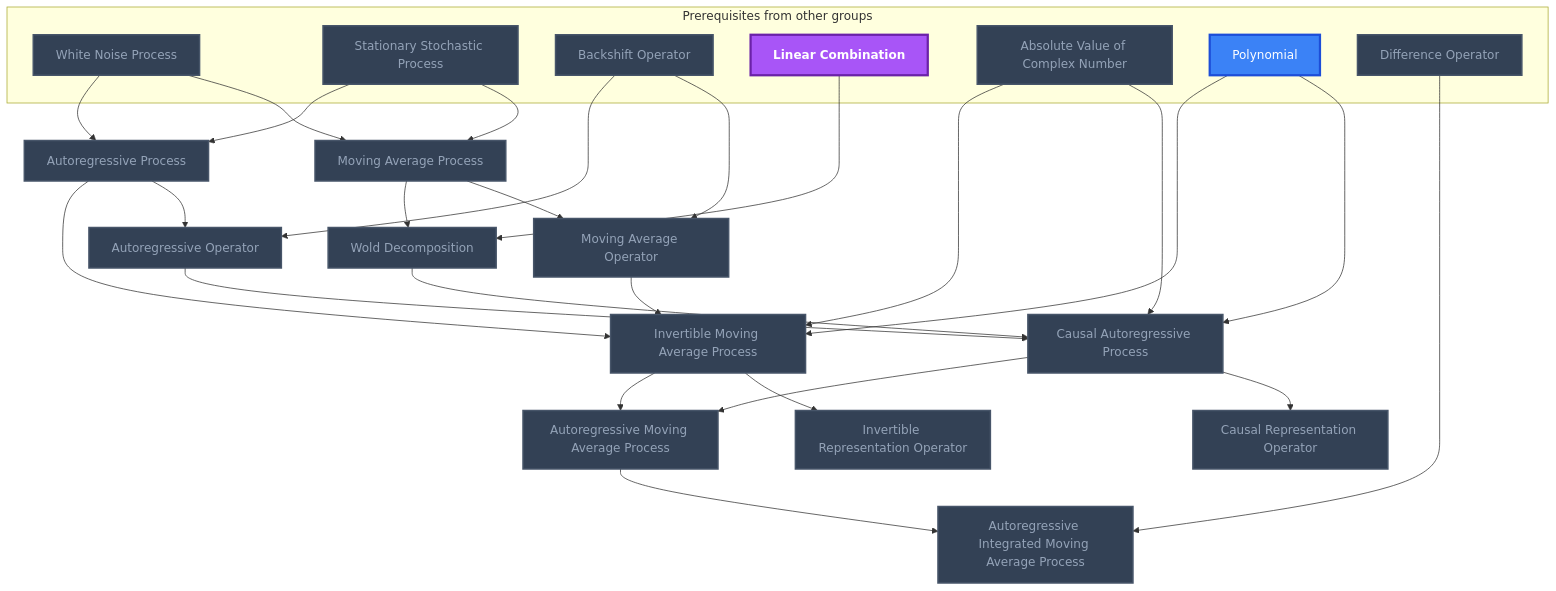
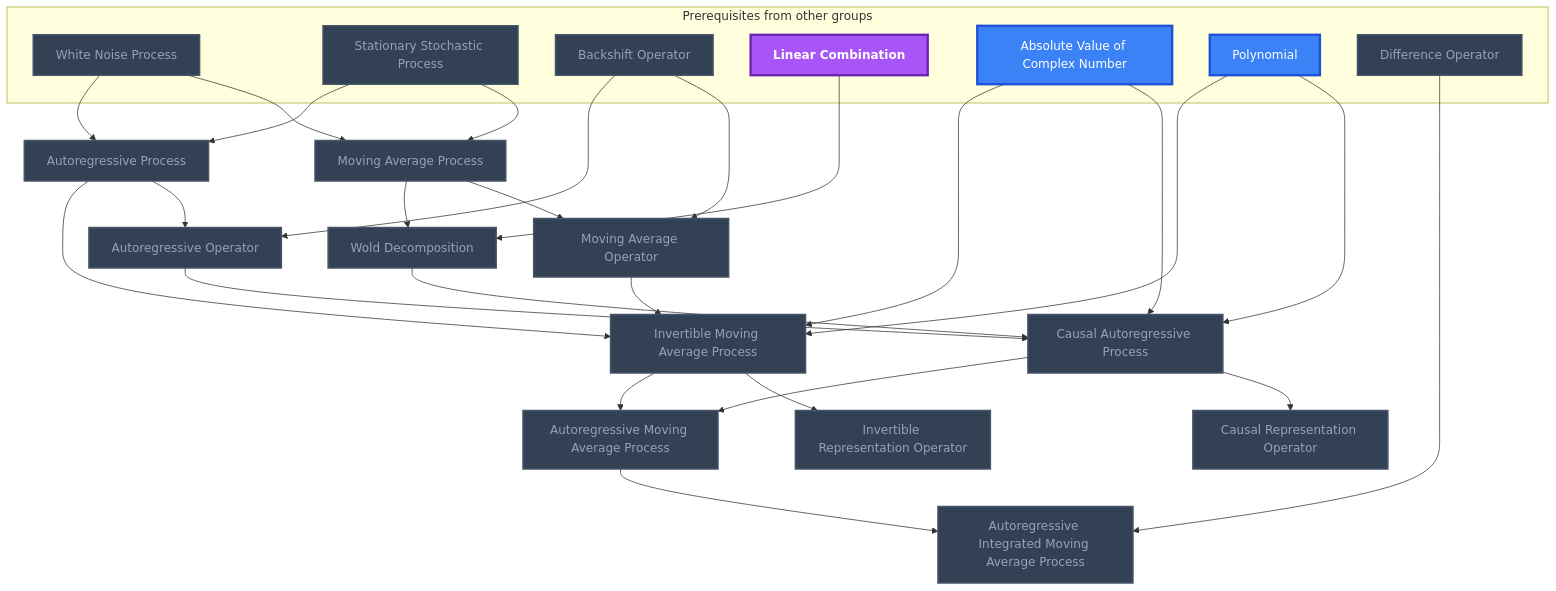
One commit to MRauf1/My-Notes changed the third of 3 diagrams in Gamification/Skill Trees/Time Series Analysis.md. Above: the diagram before and after it, drawn with Mermaid. The commit also changed other lines of this file and 145 other files, not shown here.

````diff
--- a/Gamification/Skill Trees/Time Series Analysis.md
+++ b/Gamification/Skill Trees/Time Series Analysis.md
@@ -122,60 +123,60 @@
 ```mermaid
 flowchart TD
     classDef planned fill:#1E293B,stroke:#64748B,stroke-width:2px,stroke-dasharray:5 5,color:#94A3B8;
     classDef locked fill:#334155,stroke:#475569,stroke-width:2px,color:#94A3B8;
     classDef L0 fill:#F1F5F9,stroke:#94A3B8,stroke-width:2px,color:#000000;
     classDef L1 fill:#22C55E,stroke:#15803D,stroke-width:2px,color:#000000;
     classDef L2 fill:#3B82F6,stroke:#1D4ED8,stroke-width:3px,color:#FFFFFF;
     classDef L3 fill:#A855F7,stroke:#6B21A8,stroke-width:3px,color:#FFFFFF,font-weight:bold;
     classDef L4 fill:#F97316,stroke:#C2410C,stroke-width:4px,color:#000000,font-weight:bold;
     classDef L5 fill:#FFD700,stroke:#FF8C00,stroke-width:5px,color:#000000,font-weight:bold;
     classDef rusty stroke:#8B4513,stroke-width:4px,stroke-dasharray:3 3;
     subgraph sg_prereqs["Prerequisites from other groups"]
         n_white_noise_process["White Noise Process"]
         n_stationary_stochastic_process["Stationary Stochastic Process"]
         n_backshift_operator["Backshift Operator"]
         n_linear_combination["Linear Combination"]
         n_absolute_value_of_complex_number["Absolute Value of Complex Number"]
         n_polynomial["Polynomial"]
         n_difference_operator["Difference Operator"]
     end
     n_moving_average_process["Moving Average Process"]
     n_moving_average_operator["Moving Average Operator"]
     n_autoregressive_process["Autoregressive Process"]
     n_autoregressive_operator["Autoregressive Operator"]
     n_wold_decomposition["Wold Decomposition"]
     n_causal_autoregressive_process["Causal Autoregressive Process"]
     n_causal_representation_operator["Causal Representation Operator"]
     n_invertible_moving_average_process["Invertible Moving Average Process"]
     n_invertible_representation_operator["Invertible Representation Operator"]
     n_autoregressive_moving_average_process["Autoregressive Moving Average Process"]
     n_autoregressive_integrated_moving_average_process["Autoregressive Integrated Moving Average Process"]
     n_white_noise_process --> n_moving_average_process
     n_stationary_stochastic_process --> n_moving_average_process
     n_backshift_operator --> n_moving_average_operator
     n_moving_average_process --> n_moving_average_operator
     n_white_noise_process --> n_autoregressive_process
     n_stationary_stochastic_process --> n_autoregressive_process
     n_backshift_operator --> n_autoregressive_operator
     n_autoregressive_process --> n_autoregressive_operator
     n_linear_combination --> n_wold_decomposition
     n_moving_average_process --> n_wold_decomposition
     n_absolute_value_of_complex_number --> n_causal_autoregressive_process
     n_polynomial --> n_causal_autoregressive_process
     n_autoregressive_operator --> n_causal_autoregressive_process
     n_wold_decomposition --> n_causal_autoregressive_process
     n_causal_autoregressive_process --> n_causal_representation_operator
     n_absolute_value_of_complex_number --> n_invertible_moving_average_process
     n_polynomial --> n_invertible_moving_average_process
     n_moving_average_operator --> n_invertible_moving_average_process
     n_autoregressive_process --> n_invertible_moving_average_process
     n_invertible_moving_average_process --> n_invertible_representation_operator
     n_causal_autoregressive_process --> n_autoregressive_moving_average_process
     n_invertible_moving_average_process --> n_autoregressive_moving_average_process
     n_difference_operator --> n_autoregressive_integrated_moving_average_process
     n_autoregressive_moving_average_process --> n_autoregressive_integrated_moving_average_process
-    class n_white_noise_process,n_stationary_stochastic_process,n_backshift_operator,n_absolute_value_of_complex_number,n_difference_operator,n_moving_average_process,n_moving_average_operator,n_autoregressive_process,n_autoregressive_operator,n_wold_decomposition,n_causal_autoregressive_process,n_causal_representation_operator,n_invertible_moving_average_process,n_invertible_representation_operator,n_autoregressive_moving_average_process,n_autoregressive_integrated_moving_average_process locked;
-    class n_polynomial L2;
+    class n_white_noise_process,n_stationary_stochastic_process,n_backshift_operator,n_difference_operator,n_moving_average_process,n_moving_average_operator,n_autoregressive_process,n_autoregressive_operator,n_wold_decomposition,n_causal_autoregressive_process,n_causal_representation_operator,n_invertible_moving_average_process,n_invertible_representation_operator,n_autoregressive_moving_average_process,n_autoregressive_integrated_moving_average_process locked;
+    class n_absolute_value_of_complex_number,n_polynomial L2;
     class n_linear_combination L3;
     class n_white_noise_process,n_stationary_stochastic_process,n_backshift_operator,n_linear_combination,n_absolute_value_of_complex_number,n_polynomial,n_difference_operator,n_moving_average_process,n_moving_average_operator,n_autoregressive_process,n_autoregressive_operator,n_wold_decomposition,n_causal_autoregressive_process,n_causal_representation_operator,n_invertible_moving_average_process,n_invertible_representation_operator,n_autoregressive_moving_average_process,n_autoregressive_integrated_moving_average_process internal-link;
 ```
````
